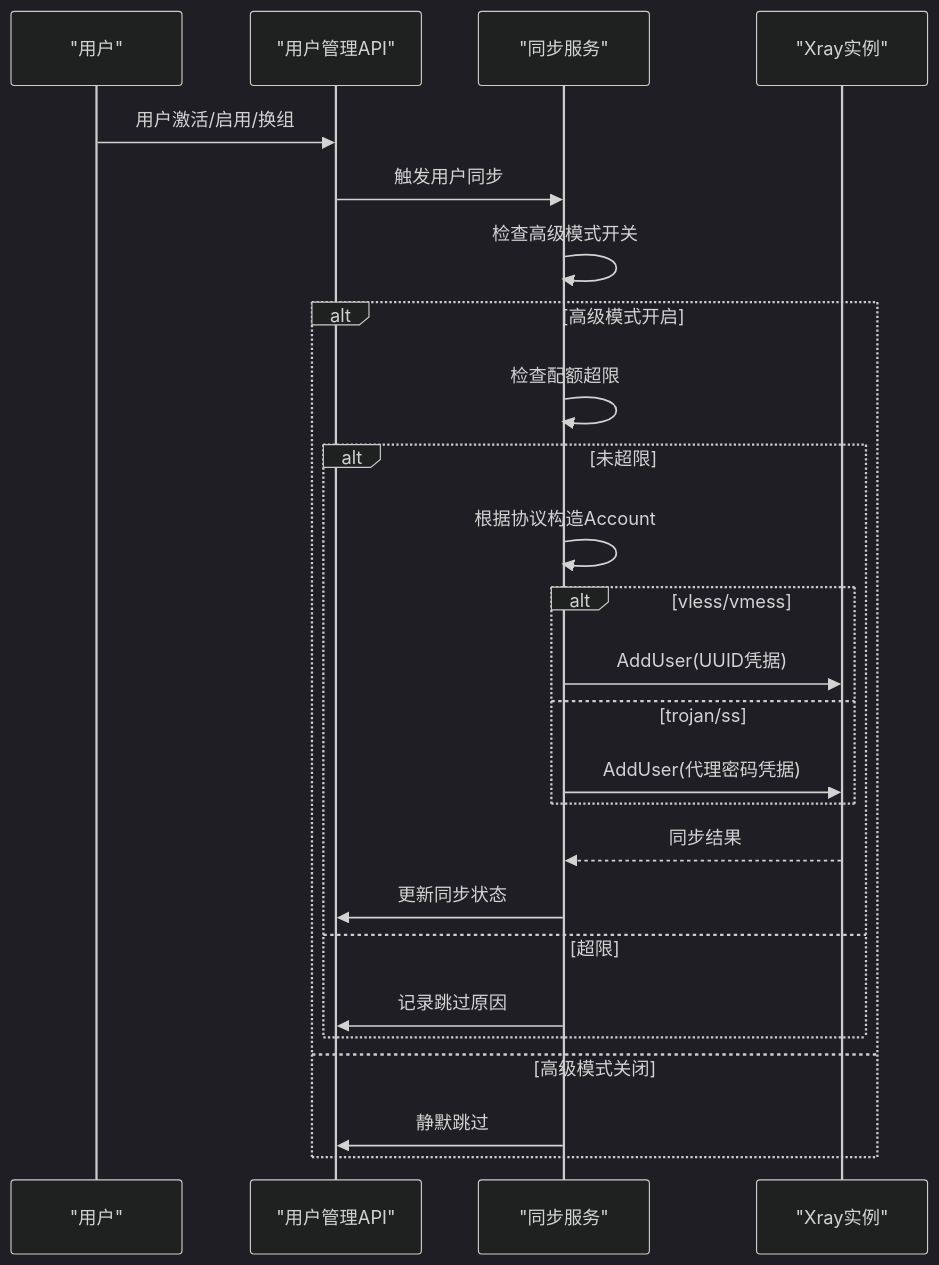
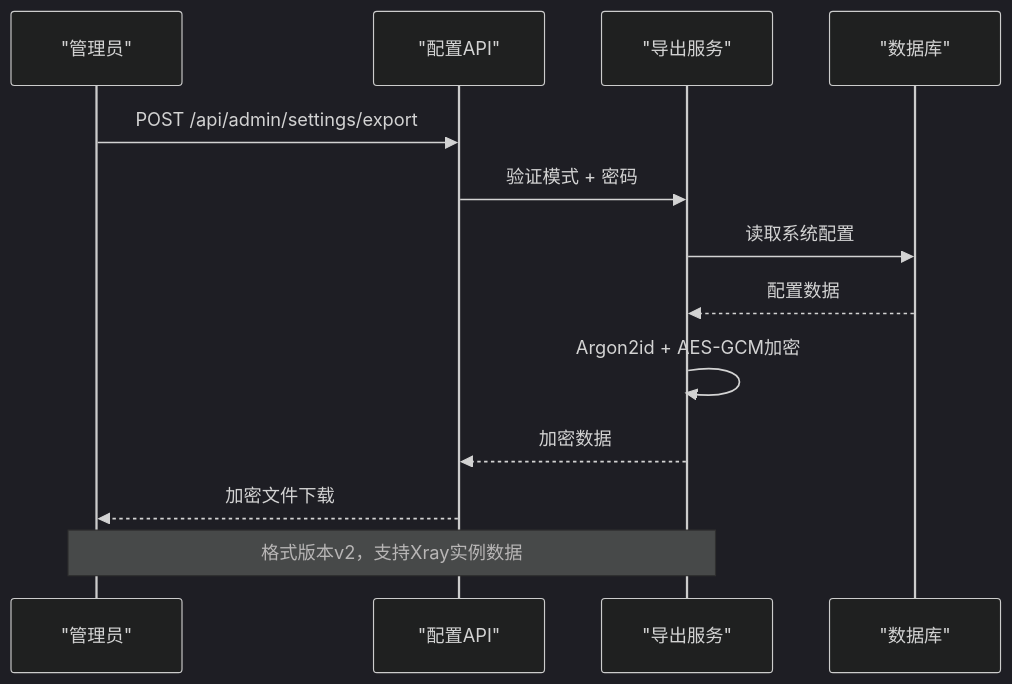
Before and after one commit to AlcaProphet/VPN-Subscription-Management: the sixth of 6 diagrams in .qoder/repowiki/zh/content/API接口文档/API接口文档.md, drawn with Mermaid (dark theme). The commit also changed other lines of this file and 20 other files, not shown here.

````diff
--- a/.qoder/repowiki/zh/content/API接口文档/API接口文档.md
+++ b/.qoder/repowiki/zh/content/API接口文档/API接口文档.md
@@ -772,27 +790,15 @@
 ```mermaid
 sequenceDiagram
-participant User as "用户"
-participant API as "用户管理API"
-participant Sync as "同步服务"
-participant Xray as "Xray实例"
-User->>API : 用户激活/启用/换组
-API->>Sync : 触发用户同步
-Sync->>Sync : 检查高级模式开关
-alt 高级模式开启
-Sync->>Sync : 检查配额超限
-alt 未超限
-Sync->>Sync : 根据协议构造Account
-alt vless/vmess
-Sync->>Xray : AddUser(UUID凭据)
-else trojan/ss
-Sync->>Xray : AddUser(代理密码凭据)
-end
-Xray-->>Sync : 同步结果
-Sync->>API : 更新同步状态
-else 超限
-Sync->>API : 记录跳过原因
-end
-else 高级模式关闭
-Sync->>API : 静默跳过
-end
+participant Admin as "管理员"
+participant API as "配置API"
+participant ExportSvc as "导出服务"
+participant DB as "数据库"
+Admin->>API : POST /api/admin/settings/export
+API->>ExportSvc : 验证模式 + 密码
+ExportSvc->>DB : 读取系统配置
+DB-->>ExportSvc : 配置数据
+ExportSvc->>ExportSvc : Argon2id + AES-GCM加密
+ExportSvc-->>API : 加密数据
+API-->>Admin : 加密文件下载
+Note over Admin,ExportSvc : 格式版本v2，支持Xray实例数据
 ```
````
